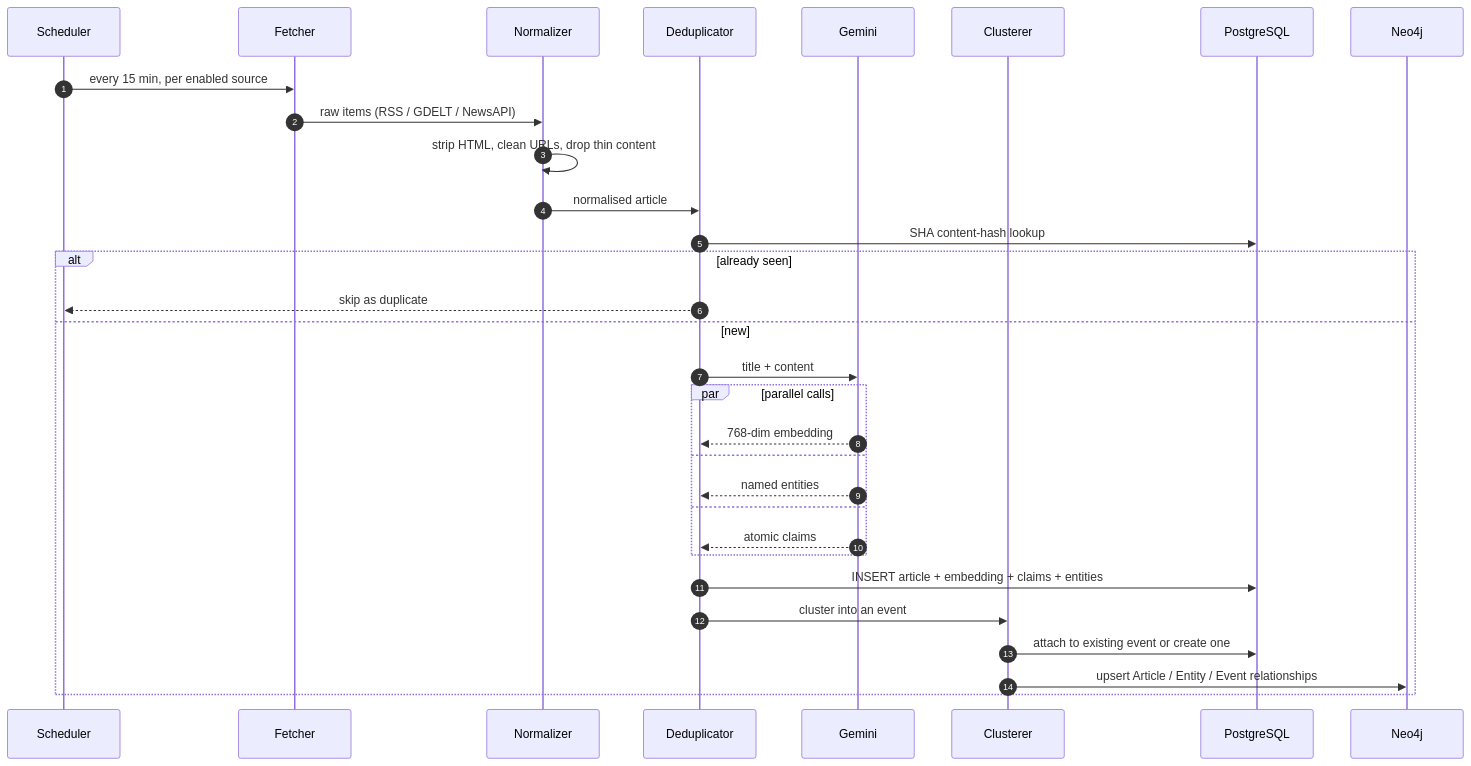
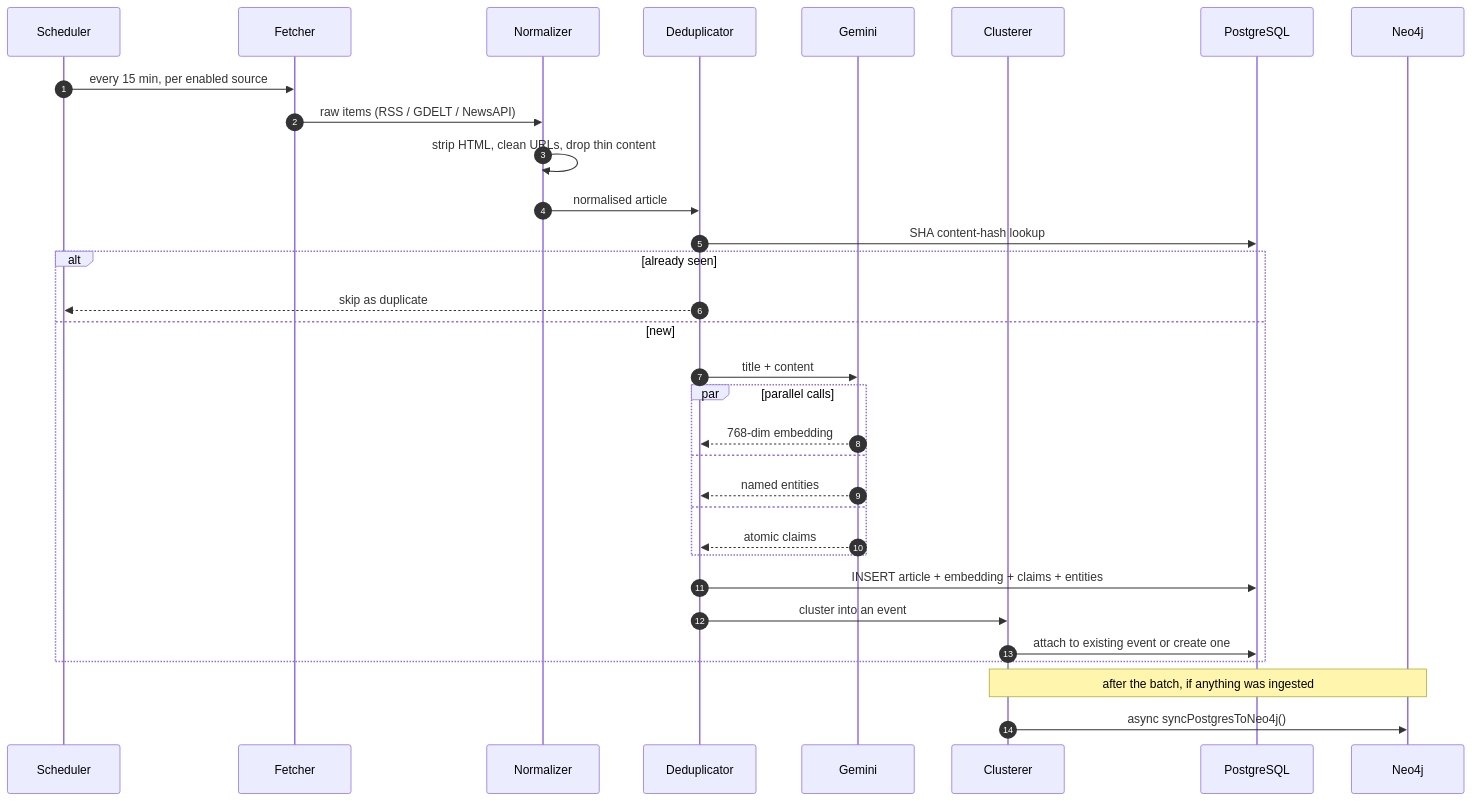
Before and after one commit to xeevees-lab/pramana: the third of 5 diagrams in README.md, drawn with Mermaid. The commit also changed other lines of this file, not shown here.

````diff
--- a/README.md
+++ b/README.md
@@ -120,34 +205,35 @@
 ```mermaid
 sequenceDiagram
     autonumber
     participant S as Scheduler
     participant F as Fetcher
     participant N as Normalizer
     participant D as Deduplicator
     participant G as Gemini
     participant C as Clusterer
     participant PG as PostgreSQL
     participant NEO as Neo4j
 
     S->>F: every 15 min, per enabled source
     F->>N: raw items (RSS / GDELT / NewsAPI)
     N->>N: strip HTML, clean URLs, drop thin content
     N->>D: normalised article
     D->>PG: SHA content-hash lookup
     alt already seen
         D-->>S: skip as duplicate
     else new
         D->>G: title + content
         par parallel calls
             G-->>D: 768-dim embedding
         and
             G-->>D: named entities
         and
             G-->>D: atomic claims
         end
         D->>PG: INSERT article + embedding + claims + entities
         D->>C: cluster into an event
         C->>PG: attach to existing event or create one
-        C->>NEO: upsert Article / Entity / Event relationships
     end
+    Note over C,NEO: after the batch, if anything was ingested
+    C->>NEO: async syncPostgresToNeo4j()
 ```
````
